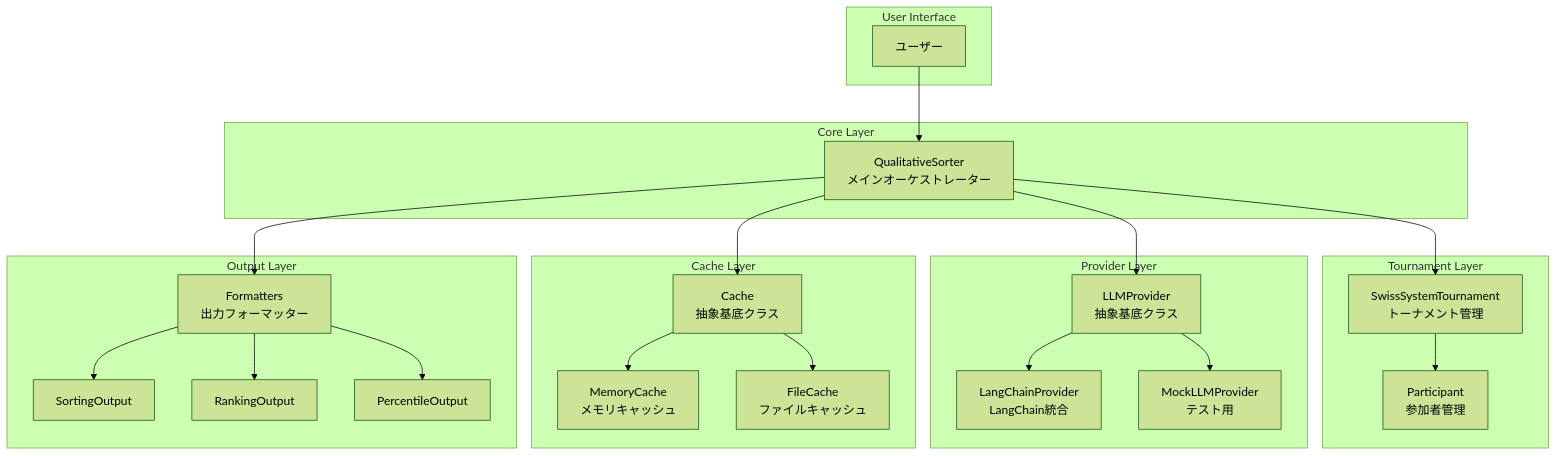
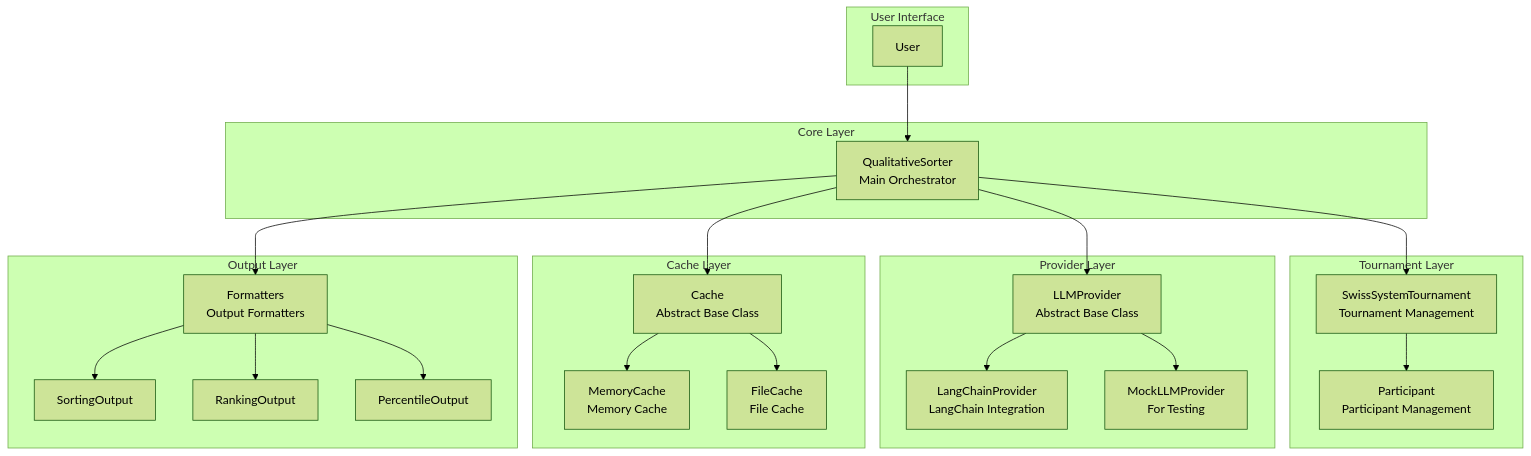
One commit to TomokiIshimine/llm-qualitative-sort changed the first of 3 diagrams in docs/architecture.md. Above: the diagram before and after it, drawn with Mermaid (forest theme). The commit also changed other lines of this file and 7 other files, not shown here.

````diff
--- a/docs/architecture.md
+++ b/docs/architecture.md
@@ -11,48 +13,48 @@
 ```mermaid
 graph TB
     subgraph "User Interface"
-        User[ユーザー]
+        User[User]
     end
 
     subgraph "Core Layer"
-        Sorter[QualitativeSorter<br/>メインオーケストレーター]
+        Sorter[QualitativeSorter<br/>Main Orchestrator]
     end
 
     subgraph "Tournament Layer"
-        Tournament[SwissSystemTournament<br/>トーナメント管理]
-        Participant[Participant<br/>参加者管理]
+        Tournament[SwissSystemTournament<br/>Tournament Management]
+        Participant[Participant<br/>Participant Management]
     end
 
     subgraph "Provider Layer"
-        Provider[LLMProvider<br/>抽象基底クラス]
-        LangChain[LangChainProvider<br/>LangChain統合]
-        Mock[MockLLMProvider<br/>テスト用]
+        Provider[LLMProvider<br/>Abstract Base Class]
+        LangChain[LangChainProvider<br/>LangChain Integration]
+        Mock[MockLLMProvider<br/>For Testing]
     end
 
     subgraph "Cache Layer"
-        Cache[Cache<br/>抽象基底クラス]
-        Memory[MemoryCache<br/>メモリキャッシュ]
-        File[FileCache<br/>ファイルキャッシュ]
+        Cache[Cache<br/>Abstract Base Class]
+        Memory[MemoryCache<br/>Memory Cache]
+        File[FileCache<br/>File Cache]
     end
 
     subgraph "Output Layer"
-        Formatters[Formatters<br/>出力フォーマッター]
+        Formatters[Formatters<br/>Output Formatters]
         Sorting[SortingOutput]
         Ranking[RankingOutput]
         Percentile[PercentileOutput]
     end
 
     User --> Sorter
     Sorter --> Tournament
     Tournament --> Participant
     Sorter --> Provider
     Provider --> LangChain
     Provider --> Mock
     Sorter --> Cache
     Cache --> Memory
     Cache --> File
     Sorter --> Formatters
     Formatters --> Sorting
     Formatters --> Ranking
     Formatters --> Percentile
 ```
````
